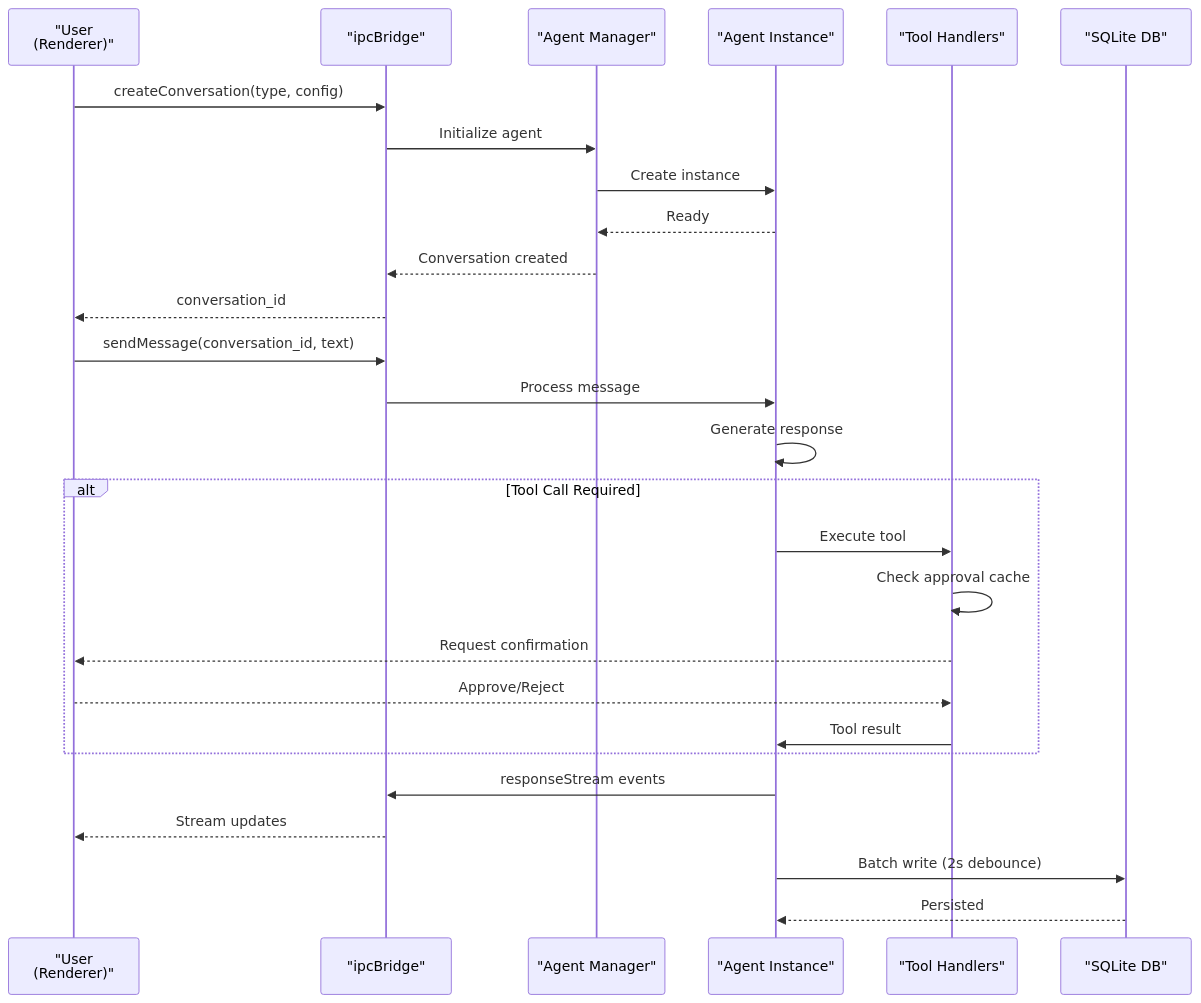
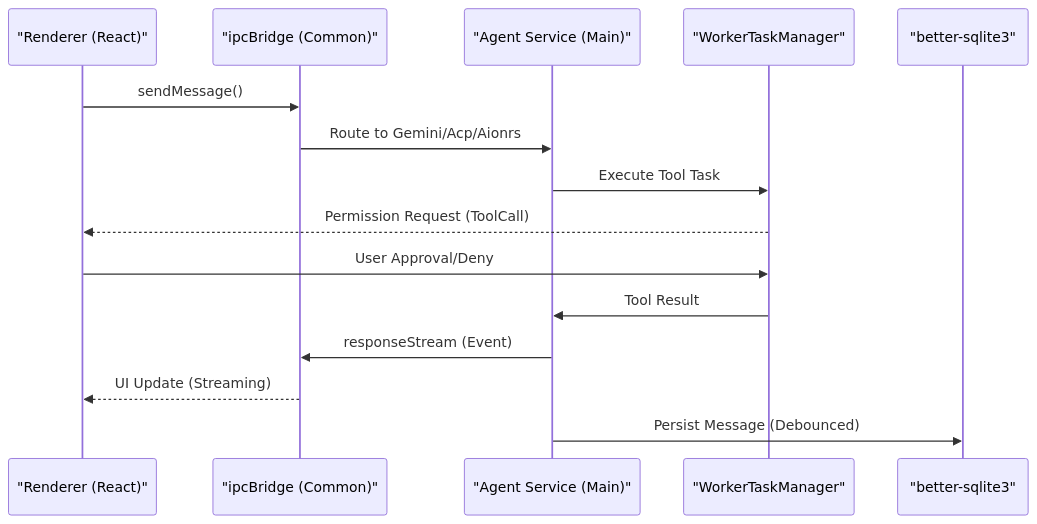
The second of 2 diagrams in docs/iOfficeAI_AionUi/overview.md (blackcater/zentree), drawn with Mermaid before and after one commit. The commit also changed other lines of this file and 232 other files, not shown here.

````diff
--- a/docs/iOfficeAI_AionUi/overview.md
+++ b/docs/iOfficeAI_AionUi/overview.md
@@ -306,33 +121,18 @@
 ```mermaid
 sequenceDiagram
-    participant User as "User<br/>(Renderer)"
-    participant IPC as "ipcBridge"
-    participant Manager as "Agent Manager"
-    participant Agent as "Agent Instance"
-    participant Tools as "Tool Handlers"
-    participant DB as "SQLite DB"
+    participant UI as "Renderer (React)"
+    participant BR as "ipcBridge (Common)"
+    participant AS as "Agent Service (Main)"
+    participant TS as "WorkerTaskManager"
+    participant DB as "better-sqlite3"
 
-    User->>IPC: createConversation(type, config)
-    IPC->>Manager: Initialize agent
-    Manager->>Agent: Create instance
-    Agent-->>Manager: Ready
-    Manager-->>IPC: Conversation created
-    IPC-->>User: conversation_id
-
-    User->>IPC: sendMessage(conversation_id, text)
-    IPC->>Agent: Process message
-    Agent->>Agent: Generate response
-
-    alt Tool Call Required
-        Agent->>Tools: Execute tool
-        Tools->>Tools: Check approval cache
-        Tools-->>User: Request confirmation
-        User-->>Tools: Approve/Reject
-        Tools->>Agent: Tool result
-    end
-
-    Agent->>IPC: responseStream events
-    IPC-->>User: Stream updates
-    Agent->>DB: Batch write (2s debounce)
-    DB-->>Agent: Persisted
+    UI->>BR: sendMessage()
+    BR->>AS: Route to Gemini/Acp/Aionrs
+    AS->>TS: Execute Tool Task
+    TS-->>UI: Permission Request (ToolCall)
+    UI->>TS: User Approval/Deny
+    TS->>AS: Tool Result
+    AS->>BR: responseStream (Event)
+    BR-->>UI: UI Update (Streaming)
+    AS->>DB: Persist Message (Debounced)
 ```
````
